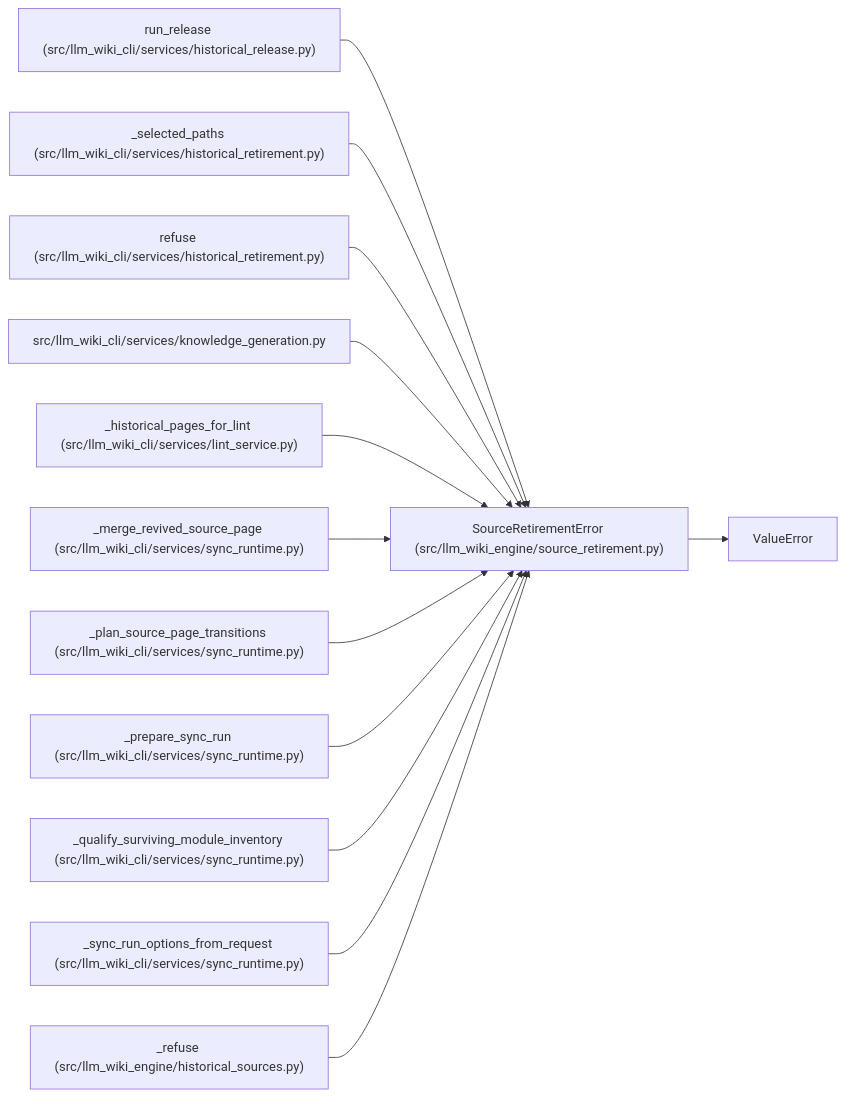
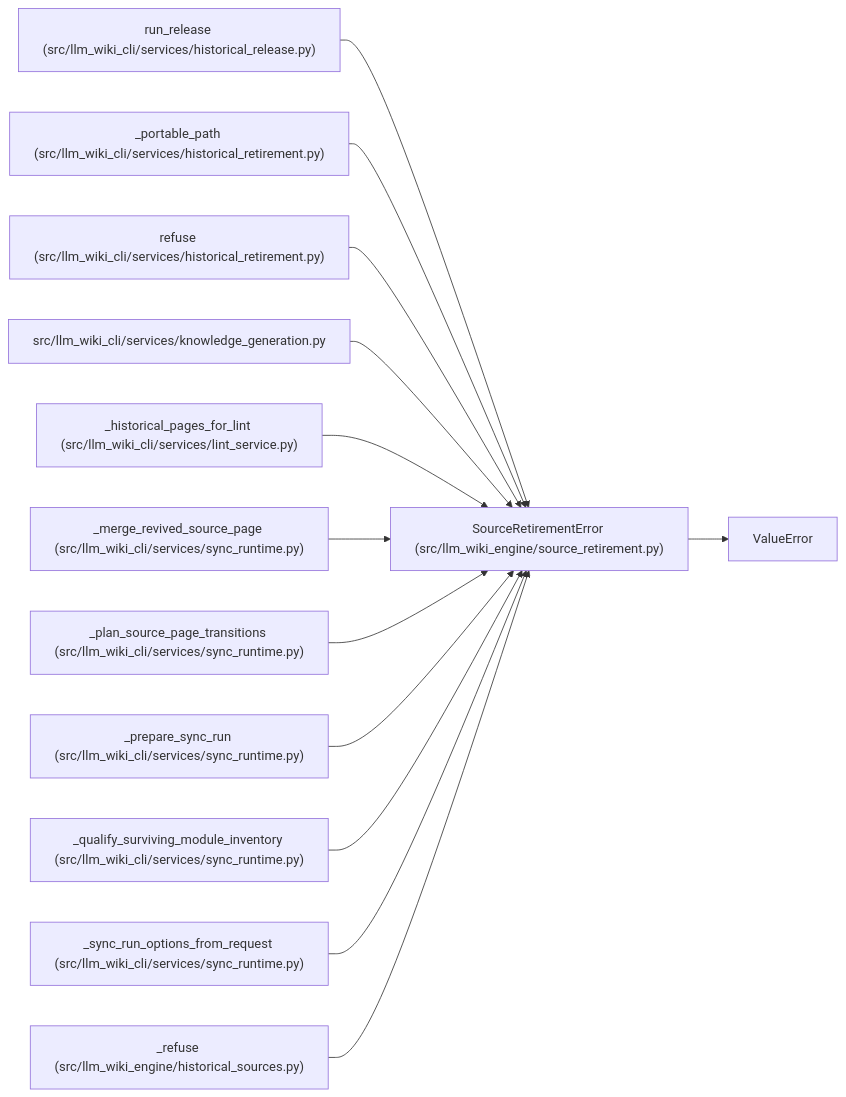
The diagram in docs/llm_wiki/entities/SourceRetirementError.md (Denissvgn/python-wiki-llm), drawn with Mermaid before and after one commit. The commit also changed other lines of this file and 448 other files, not shown here.

Commit message:
docs: refresh the wiki for the thin path adapter

````diff
--- a/docs/llm_wiki/entities/SourceRetirementError.md
+++ b/docs/llm_wiki/entities/SourceRetirementError.md
@@ -23,40 +23,40 @@
 ```mermaid
 flowchart LR
     n0["SourceRetirementError (src/llm_wiki_engine/source_retirement.py)"]
     n1["ValueError"]
     n2["run_release (src/llm_wiki_cli/services/historical_release.py)"]
-    n3["_selected_paths (src/llm_wiki_cli/services/historical_retirement.py)"]
+    n3["_portable_path (src/llm_wiki_cli/services/historical_retirement.py)"]
     n4["refuse (src/llm_wiki_cli/services/historical_retirement.py)"]
     n5["src/llm_wiki_cli/services/knowledge_generation.py"]
     n6["_historical_pages_for_lint (src/llm_wiki_cli/services/lint_service.py)"]
     n7["_merge_revived_source_page (src/llm_wiki_cli/services/sync_runtime.py)"]
     n8["_plan_source_page_transitions (src/llm_wiki_cli/services/sync_runtime.py)"]
     n9["_prepare_sync_run (src/llm_wiki_cli/services/sync_runtime.py)"]
     n10["_qualify_surviving_module_inventory (src/llm_wiki_cli/services/sync_runtime.py)"]
     n11["_sync_run_options_from_request (src/llm_wiki_cli/services/sync_runtime.py)"]
     n12["_refuse (src/llm_wiki_engine/historical_sources.py)"]
     n0 --> n1
     n2 --> n0
     n3 --> n0
     n4 --> n0
     n5 --> n0
     n6 --> n0
     n7 --> n0
     n8 --> n0
     n9 --> n0
     n10 --> n0
     n11 --> n0
     n12 --> n0
     click n0 "../modules/source_retirement.md"
     click n2 "../modules/historical_release.md"
     click n3 "../modules/historical_retirement.md"
     click n4 "../modules/historical_retirement.md"
     click n5 "../modules/knowledge_generation.md"
     click n6 "../modules/lint_service.md"
     click n7 "../modules/sync_runtime.md"
     click n8 "../modules/sync_runtime.md"
     click n9 "../modules/sync_runtime.md"
     click n10 "../modules/sync_runtime.md"
     click n11 "../modules/sync_runtime.md"
     click n12 "../modules/historical_sources.md"
 ```
````
